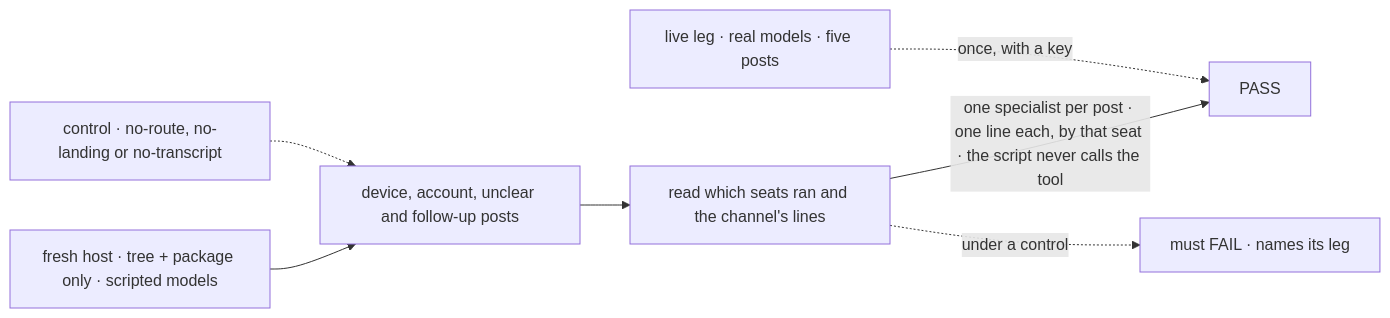
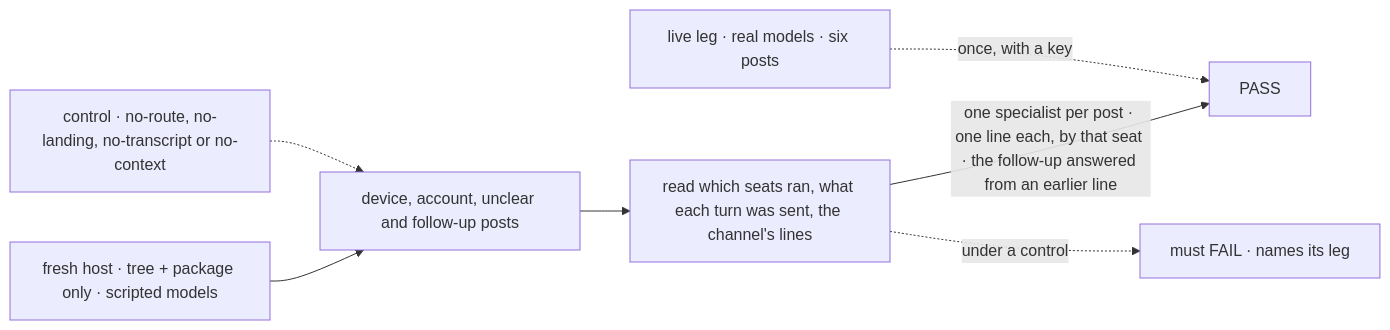
One commit to fixpoint-labs/flow-state-dev changed the first of 2 diagrams in specs/issues/FIX-1610/SPEC.md. Above: the diagram before and after it, drawn with Mermaid. The commit also changed other lines of this file and 9 other files, not shown here.

````diff
--- a/specs/issues/FIX-1610/SPEC.md
+++ b/specs/issues/FIX-1610/SPEC.md
@@ -32,9 +32,9 @@
 ```mermaid
 flowchart LR
   H["fresh host · tree + package only · scripted models"] --> P["device, account, unclear and follow-up posts"]
-  P --> R["read which seats ran and the channel's lines"]
-  R -->|"one specialist per post · one line each, by that seat · the script never calls the tool"| PASS["PASS"]
-  L["live leg · real models · five posts"] -.->|"once, with a key"| PASS
-  C["control · no-route, no-landing or no-transcript"] -.-> P
+  P --> R["read which seats ran, what each turn was sent, the channel's lines"]
+  R -->|"one specialist per post · one line each, by that seat · the follow-up answered from an earlier line"| PASS["PASS"]
+  L["live leg · real models · six posts"] -.->|"once, with a key"| PASS
+  C["control · no-route, no-landing, no-transcript or no-context"] -.-> P
   R -.->|"under a control"| F["must FAIL · names its leg"]
 ```
````
